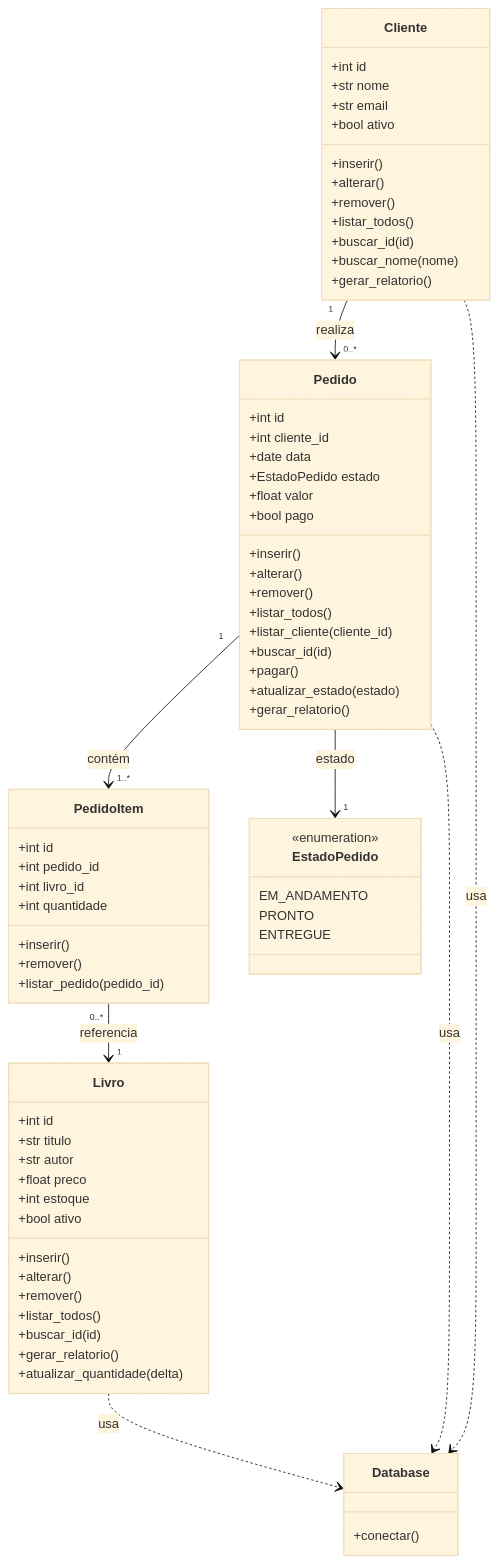
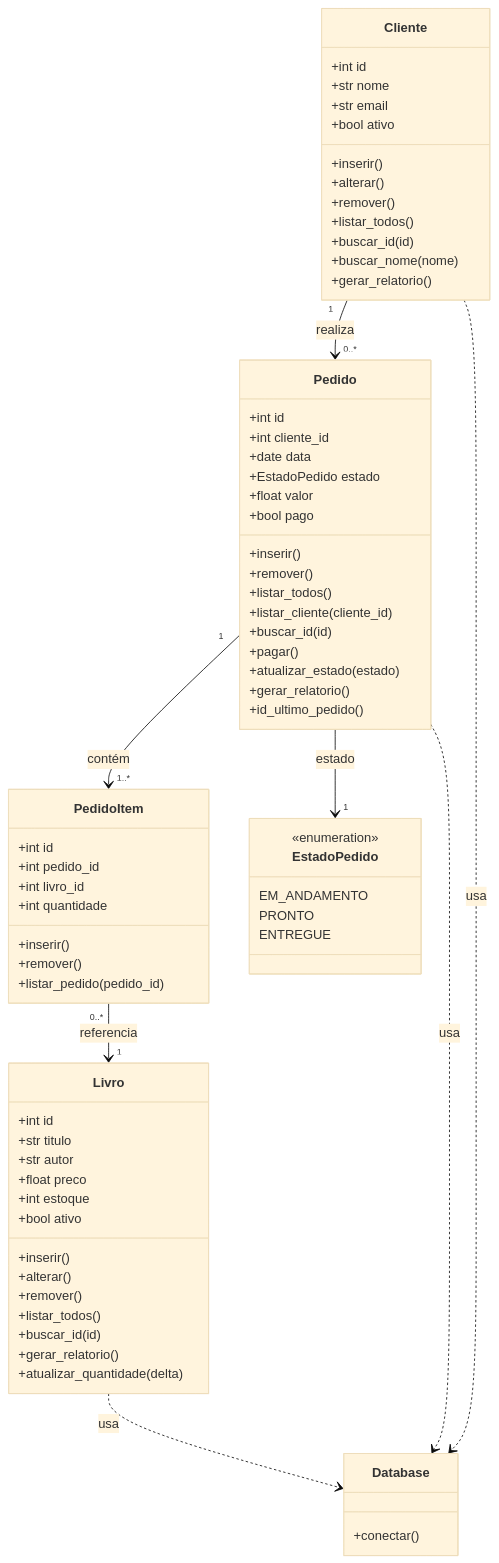
One commit to erickbatistas/livraria-db changed the diagram in README.md. Above: the diagram before and after it, drawn with Mermaid (base theme). The commit also changed 4 other files, not shown here.

````diff
--- a/README.md
+++ b/README.md
@@ -37,81 +37,81 @@
 ```mermaid
 classDiagram
     direction TB
 
     class Cliente {
         +int id
         +str nome
         +str email
         +bool ativo
         +inserir()
         +alterar()
         +remover()
         +listar_todos()
         +buscar_id(id)
         +buscar_nome(nome)
         +gerar_relatorio()
     }
 
     class Database {
         +conectar()
     }
 
     class EstadoPedido {
         <<enumeration>>
         EM_ANDAMENTO
         PRONTO
         ENTREGUE
     }
 
     class Livro {
         +int id
         +str titulo
         +str autor
         +float preco
         +int estoque
         +bool ativo
         +inserir()
         +alterar()
         +remover()
         +listar_todos()
         +buscar_id(id)
         +gerar_relatorio()
         +atualizar_quantidade(delta)
     }
 
     class Pedido {
         +int id
         +int cliente_id
         +date data
         +EstadoPedido estado
         +float valor
         +bool pago
         +inserir()
-        +alterar()
         +remover()
         +listar_todos()
         +listar_cliente(cliente_id)  
         +buscar_id(id)
         +pagar()
         +atualizar_estado(estado)
         +gerar_relatorio()
+        +id_ultimo_pedido()
     }
 
     class PedidoItem {
         +int id
         +int pedido_id
         +int livro_id
         +int quantidade
         +inserir()
         +remover()
         +listar_pedido(pedido_id)
     }
 
     Cliente "1" --> "0..*" Pedido : realiza
     Pedido "1" --> "1..*" PedidoItem : contém
     PedidoItem "0..*" --> "1" Livro : referencia
     Pedido --> "1" EstadoPedido : estado
     Cliente ..> Database : usa
     Pedido ..> Database : usa
     Livro ..> Database : usa
 ```
````
